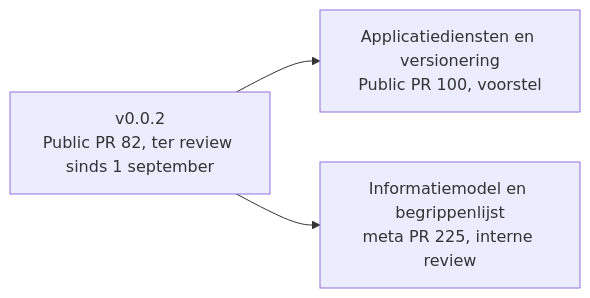
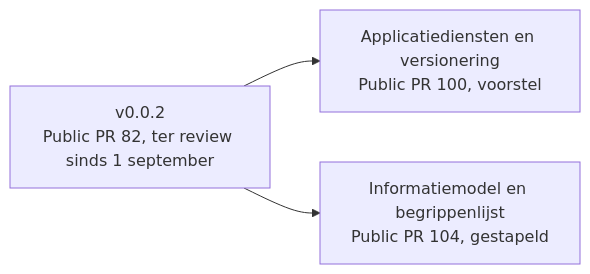
One commit to Npuls-OKx/meta changed the first of 2 diagrams in presentaties/src/260915_kerngroep_techniek.md. Above: the diagram before and after it, drawn with Mermaid. The commit also changed other lines of this file and 2 other files, not shown here.

First line of the commit message:
Deck 15 september: agenda als ondertitel, Public PR 104, platen van 14 september, keuzeslide intekenen met vier opties

````diff
--- a/presentaties/src/260915_kerngroep_techniek.md
+++ b/presentaties/src/260915_kerngroep_techniek.md
@@ -42,5 +42,5 @@
 ```mermaid
 flowchart LR
   A["v0.0.2<br/>Public PR 82, ter review sinds 1 september"] --> B["Applicatiediensten en versionering<br/>Public PR 100, voorstel"]
-  A --> C["Informatiemodel en begrippenlijst<br/>meta PR 225, interne review"]
+  A --> C["Informatiemodel en begrippenlijst<br/>Public PR 104, gestapeld"]
 ```
````
